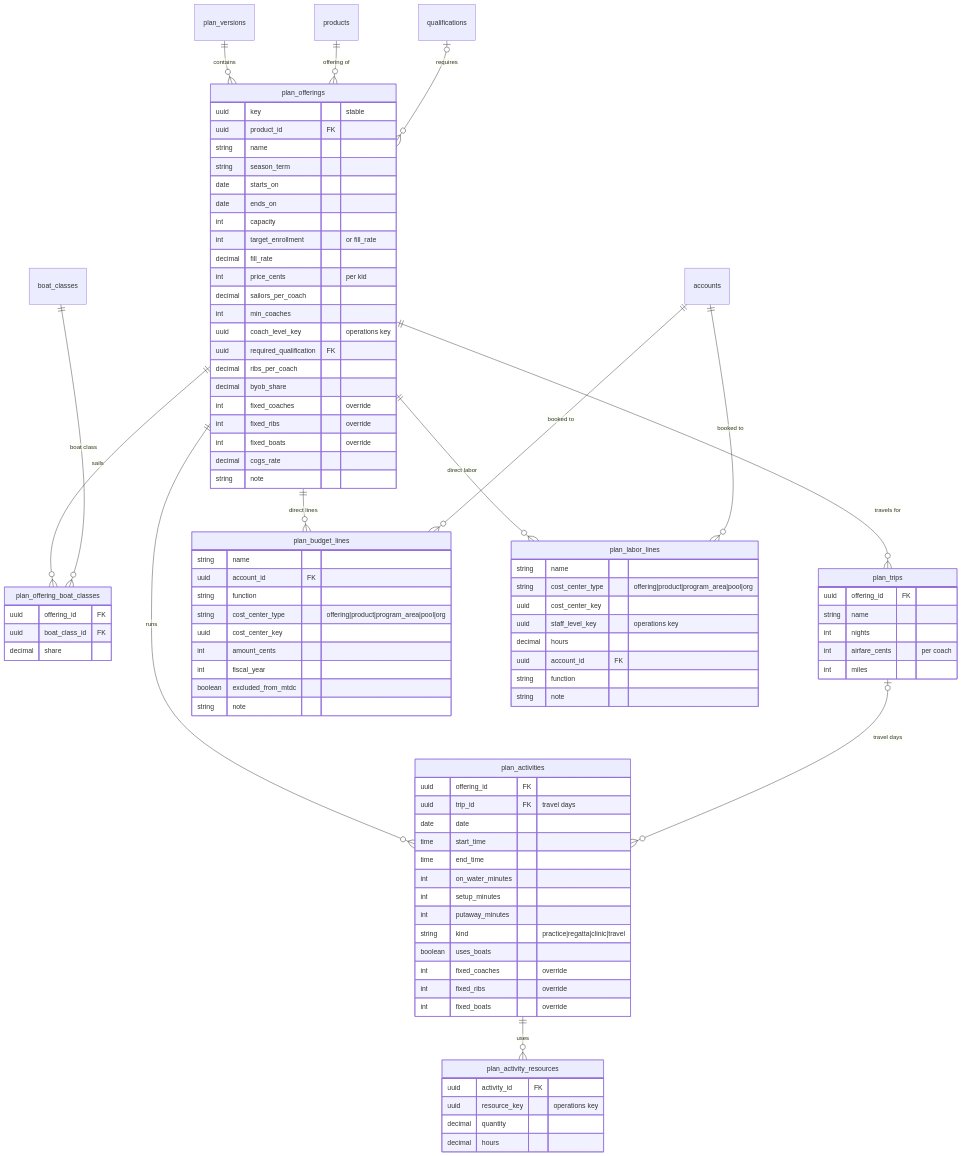
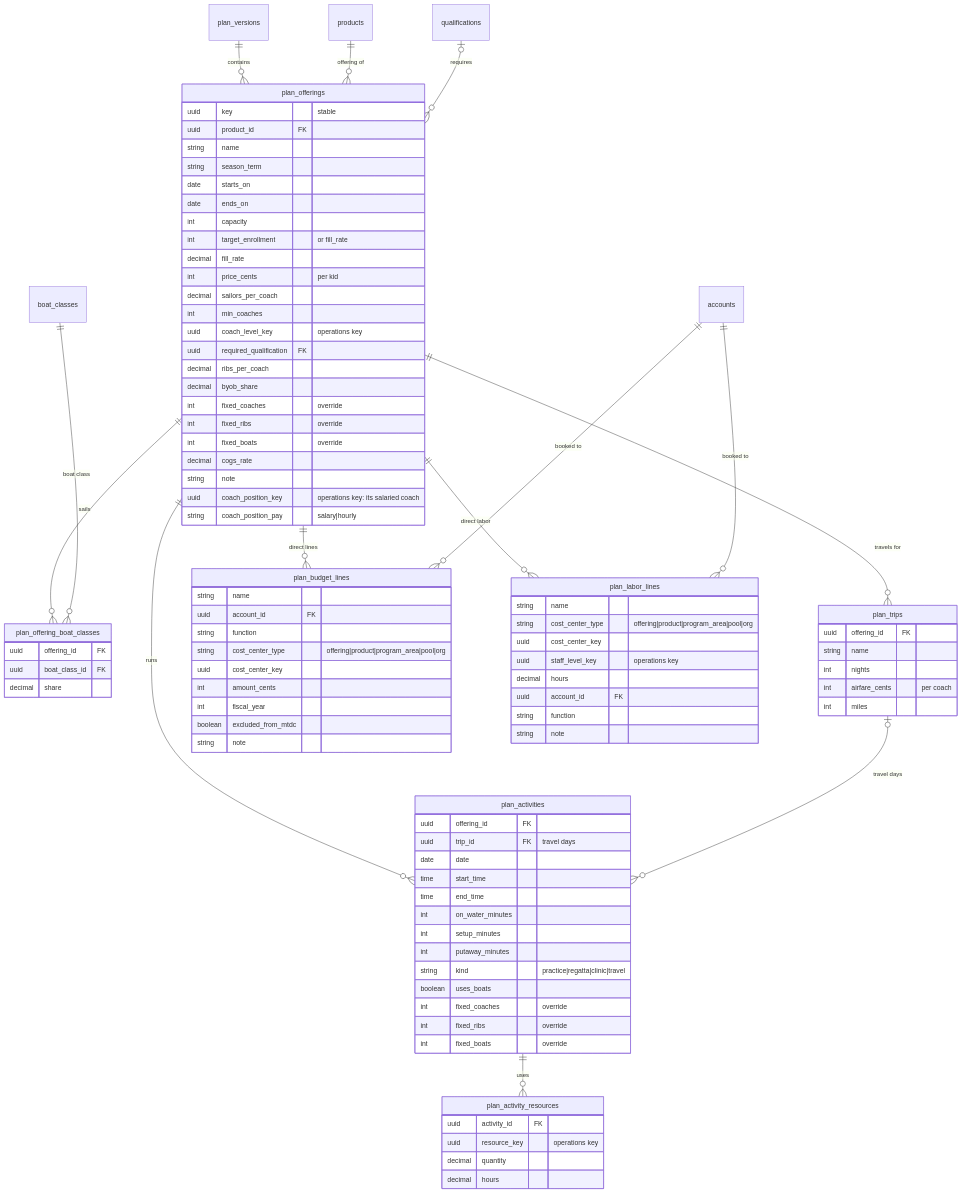
Before and after one commit to cyc-seattle/platform: the third of 6 diagrams in docs/planning-schema.md, drawn with Mermaid. The commit also changed other lines of this file and 28 other files, not shown here.

```diff
--- a/docs/planning-schema.md
+++ b/docs/planning-schema.md
@@ -265,6 +266,8 @@
         int fixed_boats "override"
         decimal cogs_rate
         string note
+        uuid coach_position_key "operations key: its salaried coach"
+        string coach_position_pay "salary|hourly"
     }
     plan_offering_boat_classes {
         uuid offering_id FK
```
